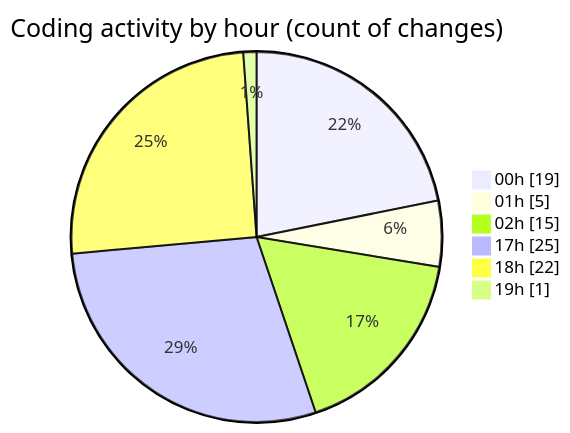
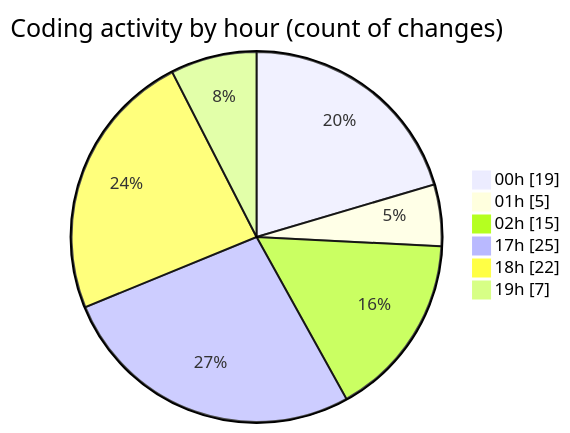
Before and after one commit to Elitesun/code-tracking: the second of 2 diagrams in 2025-02-14/elitegpt/README.md, drawn with Mermaid. The commit also changed other lines of this file and 1 other file, not shown here.

````diff
--- a/2025-02-14/elitegpt/README.md
+++ b/2025-02-14/elitegpt/README.md
@@ -44,10 +44,10 @@
 ```mermaid
 pie showData
 title Coding activity by hour (count of changes)
 "00h" : 19
 "01h" : 5
 "02h" : 15
 "17h" : 25
 "18h" : 22
-"19h" : 1
+"19h" : 7
 ```
````
